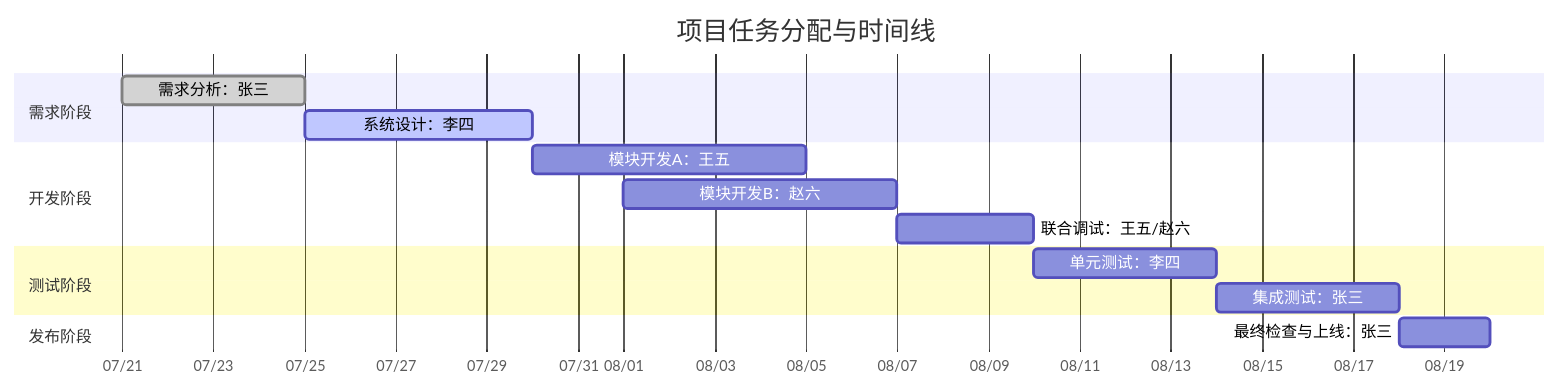
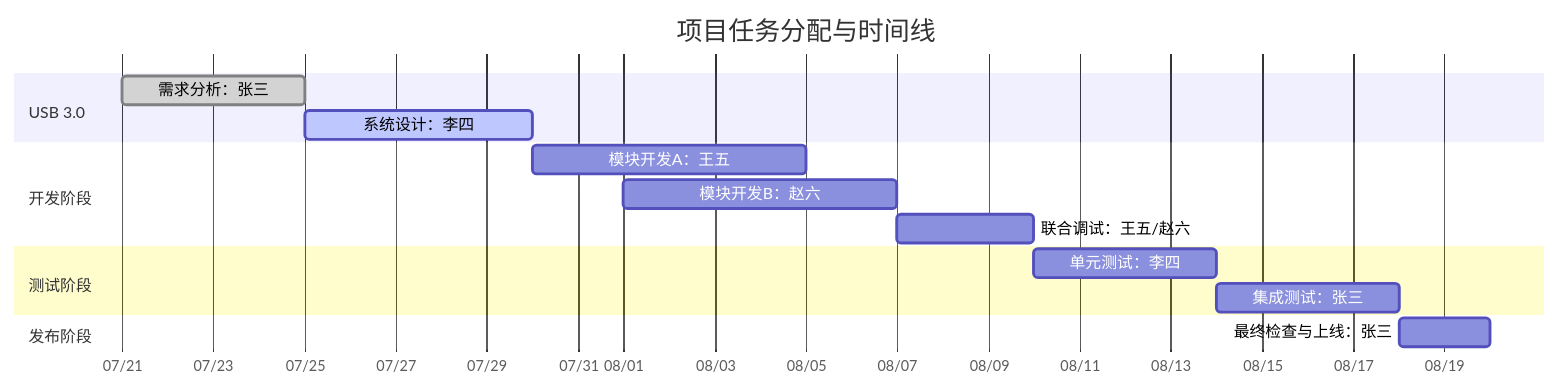
Before and after one commit to winsonbook/iodraw-files: the diagram in all/未命名.md, drawn with Mermaid.

Commit message:
2025-07-21 09:40:10 update

````diff
--- a/all/未命名.md
+++ b/all/未命名.md
@@ -1,23 +1,23 @@
 ```mermaid
 gantt
     title 项目任务分配与时间线
     dateFormat  YYYY-MM-DD
     axisFormat  %m/%d
 
-    section 需求阶段
+    section USB 3.0
     需求分析：张三       :done,    task1, 2025-07-21, 4d
     系统设计：李四       :active,  task2, 2025-07-25, 5d
 
     section 开发阶段
     模块开发A：王五      :         task3, 2025-07-30, 6d
     模块开发B：赵六      :         task4, 2025-08-01, 6d
     联合调试：王五/赵六  :         task5, 2025-08-07, 3d
 
     section 测试阶段
     单元测试：李四       :         task6, 2025-08-10, 4d
     集成测试：张三       :         task7, 2025-08-14, 4d
 
     section 发布阶段
     最终检查与上线：张三 :         task8, 2025-08-18, 2d
 
 ```
````
